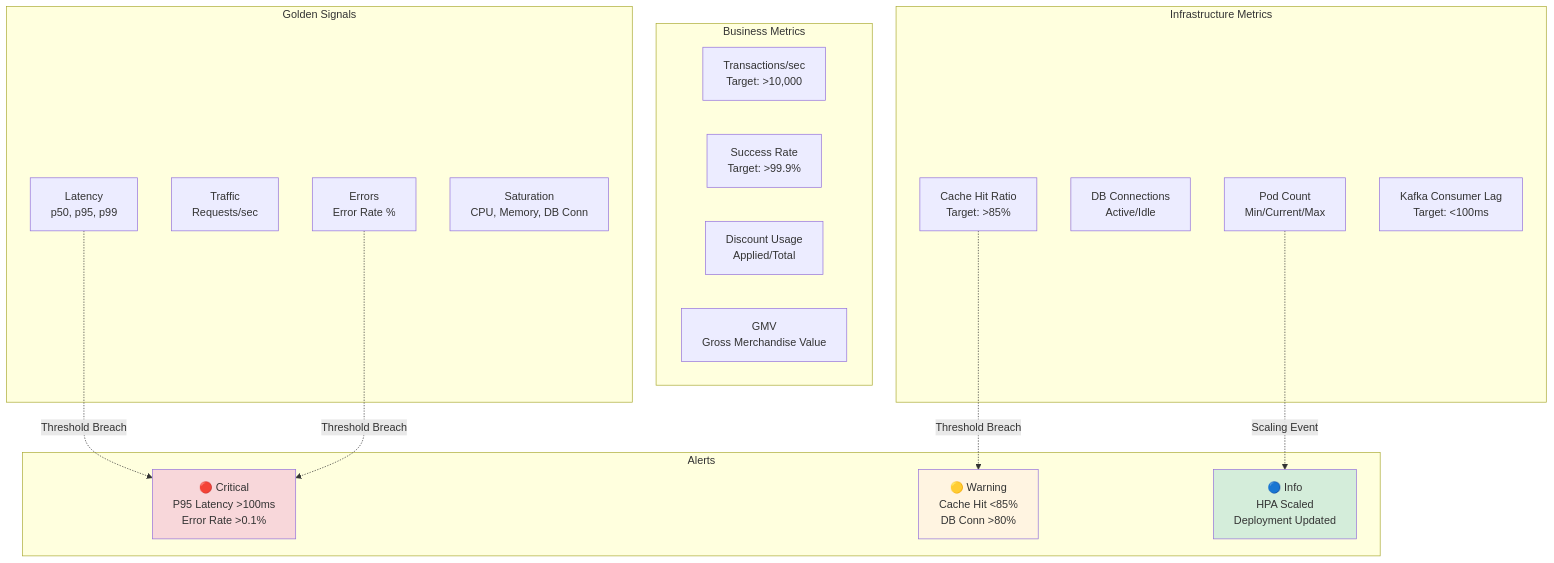
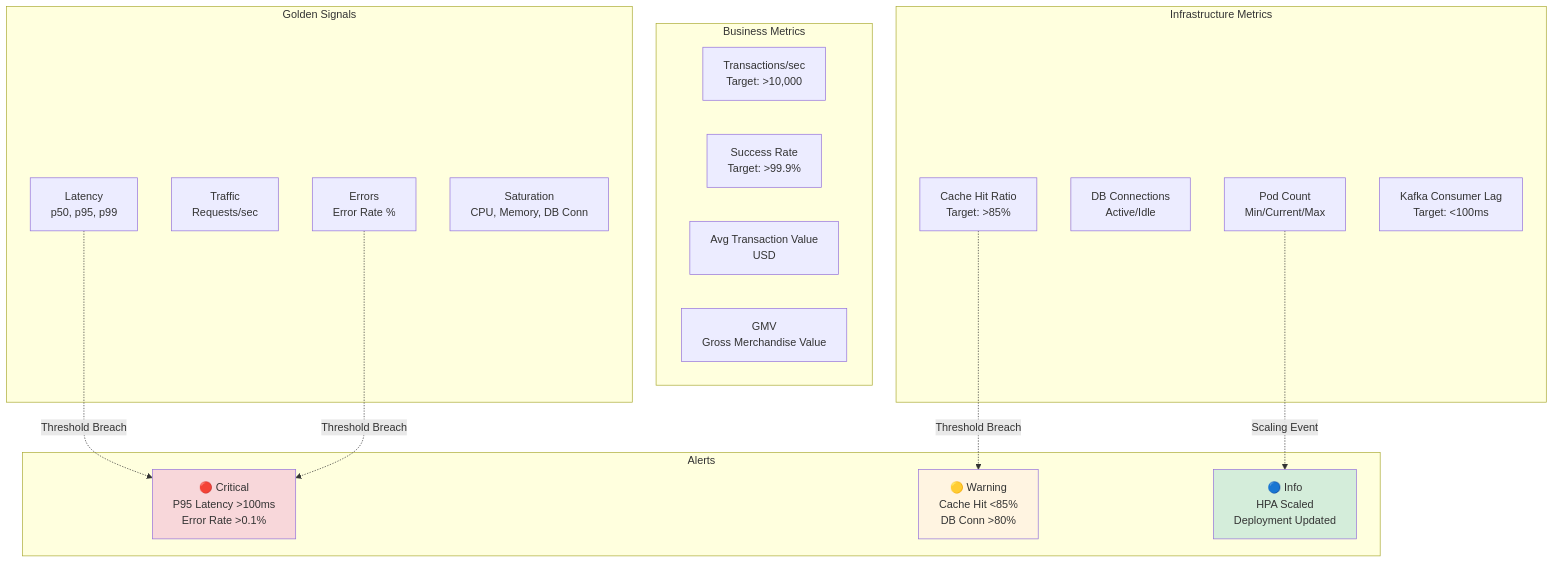
Before and after one commit to mdastpak/Wallet-Service: diagram 26 of 26 in docs/PRODUCT_DESIGN.md, drawn with Mermaid. The commit also changed other lines of this file, not shown here.

First line of the commit message:
Remove remaining discount references from PRODUCT_DESIGN.md

````diff
--- a/docs/PRODUCT_DESIGN.md
+++ b/docs/PRODUCT_DESIGN.md
@@ -1248,38 +1246,38 @@
 ```mermaid
 graph TB
     subgraph "Golden Signals"
         LATENCY[Latency<br/>p50, p95, p99]
         TRAFFIC[Traffic<br/>Requests/sec]
         ERRORS[Errors<br/>Error Rate %]
         SATURATION[Saturation<br/>CPU, Memory, DB Conn]
     end
 
     subgraph "Business Metrics"
         TPS[Transactions/sec<br/>Target: >10,000]
         SUCCESS_RATE[Success Rate<br/>Target: >99.9%]
-        DISCOUNT_USAGE[Discount Usage<br/>Applied/Total]
+        AVG_TX_VALUE[Avg Transaction Value<br/>USD]
         REVENUE[GMV<br/>Gross Merchandise Value]
     end
 
     subgraph "Infrastructure Metrics"
         POD_COUNT[Pod Count<br/>Min/Current/Max]
         DB_CONN[DB Connections<br/>Active/Idle]
         CACHE_HIT[Cache Hit Ratio<br/>Target: >85%]
         KAFKA_LAG[Kafka Consumer Lag<br/>Target: <100ms]
     end
 
     subgraph "Alerts"
         CRITICAL[🔴 Critical<br/>P95 Latency >100ms<br/>Error Rate >0.1%]
         WARNING[🟡 Warning<br/>Cache Hit <85%<br/>DB Conn >80%]
         INFO[🔵 Info<br/>HPA Scaled<br/>Deployment Updated]
     end
 
     LATENCY -.Threshold Breach.-> CRITICAL
     ERRORS -.Threshold Breach.-> CRITICAL
     CACHE_HIT -.Threshold Breach.-> WARNING
     POD_COUNT -.Scaling Event.-> INFO
 
     style CRITICAL fill:#f8d7da
     style WARNING fill:#fff4e1
     style INFO fill:#d4edda
 ```
````
